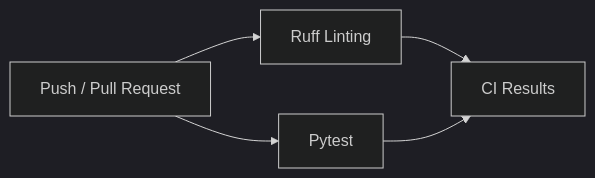
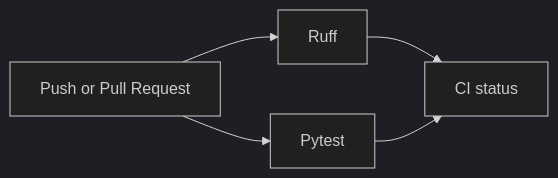
The fifth of 6 diagrams in README.md (AMAN-AJWA-FATIMA/Backend), drawn with Mermaid (dark theme) before and after one commit. The commit also changed other lines of this file and 5 other files, not shown here.

````diff
--- a/README.md
+++ b/README.md
@@ -881,8 +684,7 @@
 ```mermaid
 flowchart LR
-    Trigger["Push / Pull Request"]
-    Trigger --> Ruff["Ruff Linting"]
-    Trigger --> Tests["Pytest"]
-    Ruff --> Result["CI Results"]
-    Tests --> Result
+    Event[Push or Pull Request] --> Lint[Ruff]
+    Event --> Test[Pytest]
+    Lint --> Outcome[CI status]
+    Test --> Outcome
 ```
````
